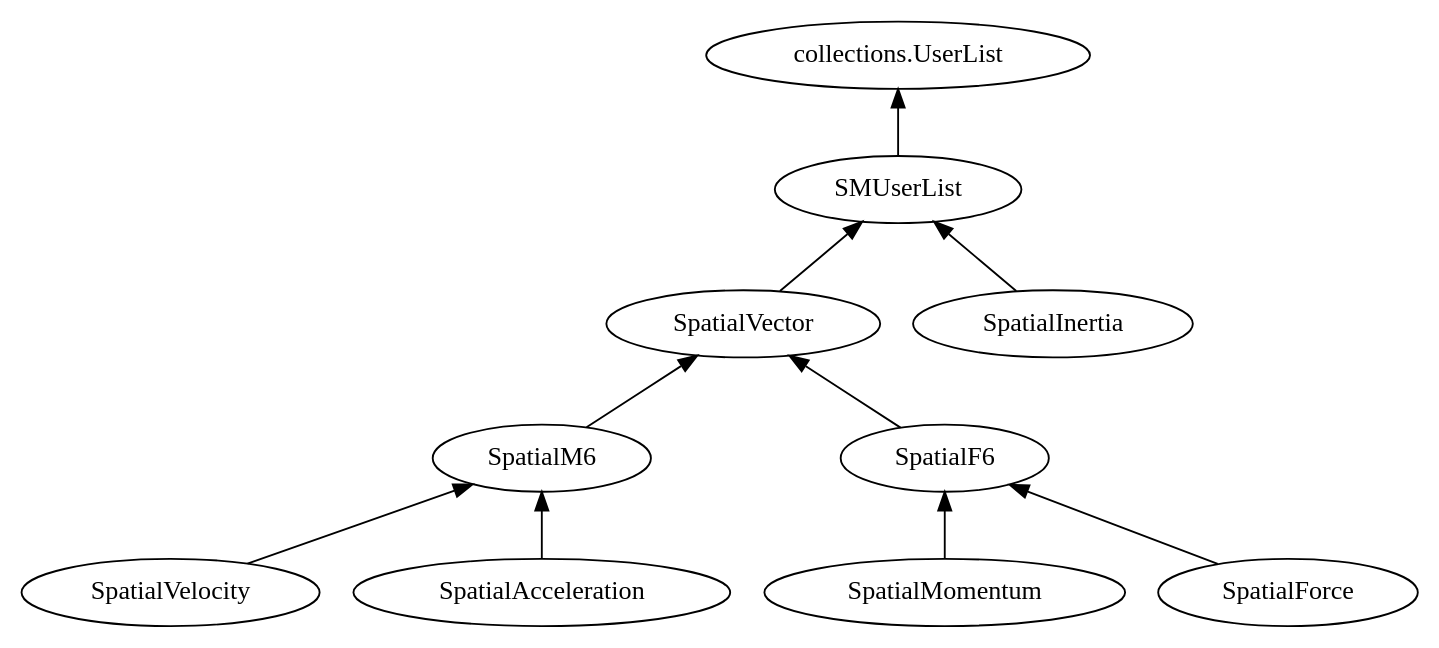
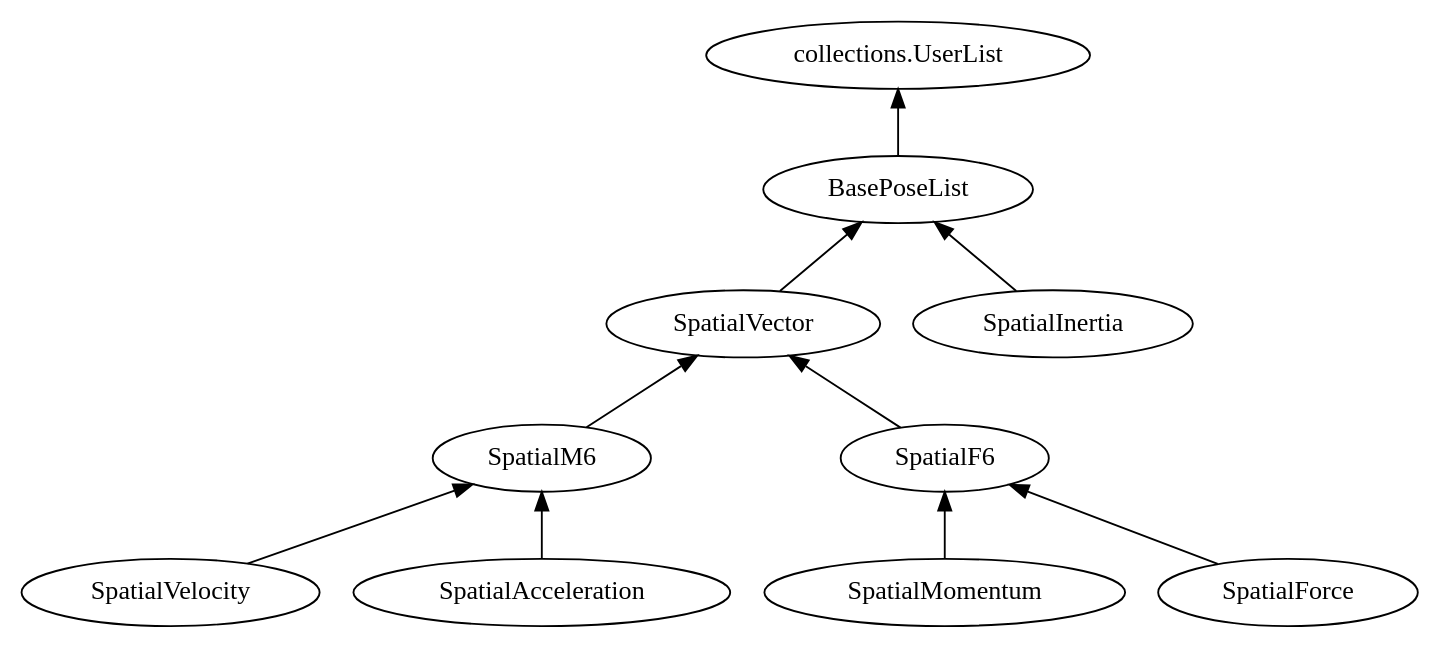
One commit to bdaiinstitute/spatialmath-python changed the diagram in docs/figs/classes_spatialvec.dot. Above: the diagram before and after it, drawn with Graphviz. The commit also changed 1 other file, not shown here.

Commit message:
reflect changed names for base classes

```diff
--- a/docs/figs/classes_spatialvec.dot
+++ b/docs/figs/classes_spatialvec.dot
@@ -1,13 +1,13 @@
-# dot -Tpdf classes.dot > classes.pdf ; open classes.pdf
+# dot -Tpdf classes_spatialvec.dot > classes_spatialvec.pdf ; open classes_spatialvec.pdf
 digraph G {
 	graph [rankdir=BT];
-	SMUserList -> "collections.UserList"
-	SpatialVector -> SMUserList
+	BasePoseList -> "collections.UserList"
+	SpatialVector -> BasePoseList
 	SpatialM6 -> SpatialVector
 	SpatialF6 -> SpatialVector
 	SpatialVelocity -> SpatialM6
 	SpatialAcceleration -> SpatialM6
 	SpatialMomentum -> SpatialF6
 	SpatialForce -> SpatialF6
-	SpatialInertia -> SMUserList
+	SpatialInertia -> BasePoseList
 }
```
